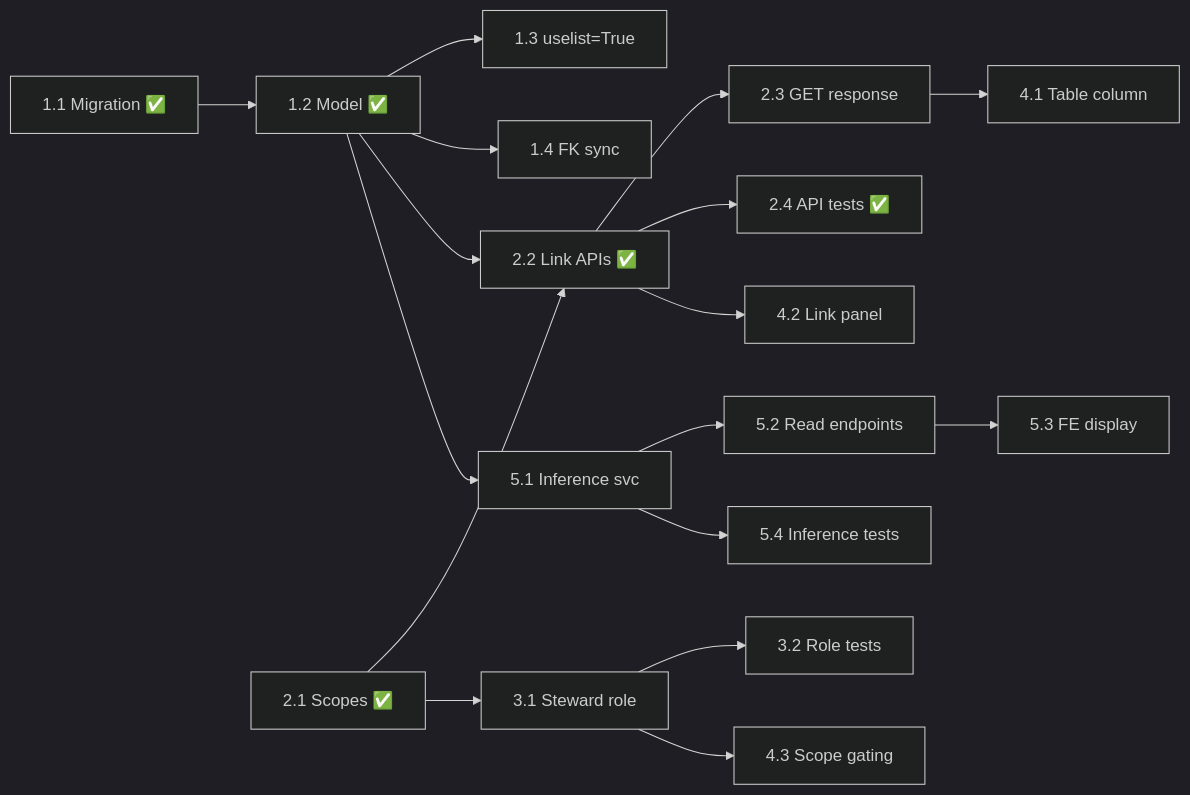
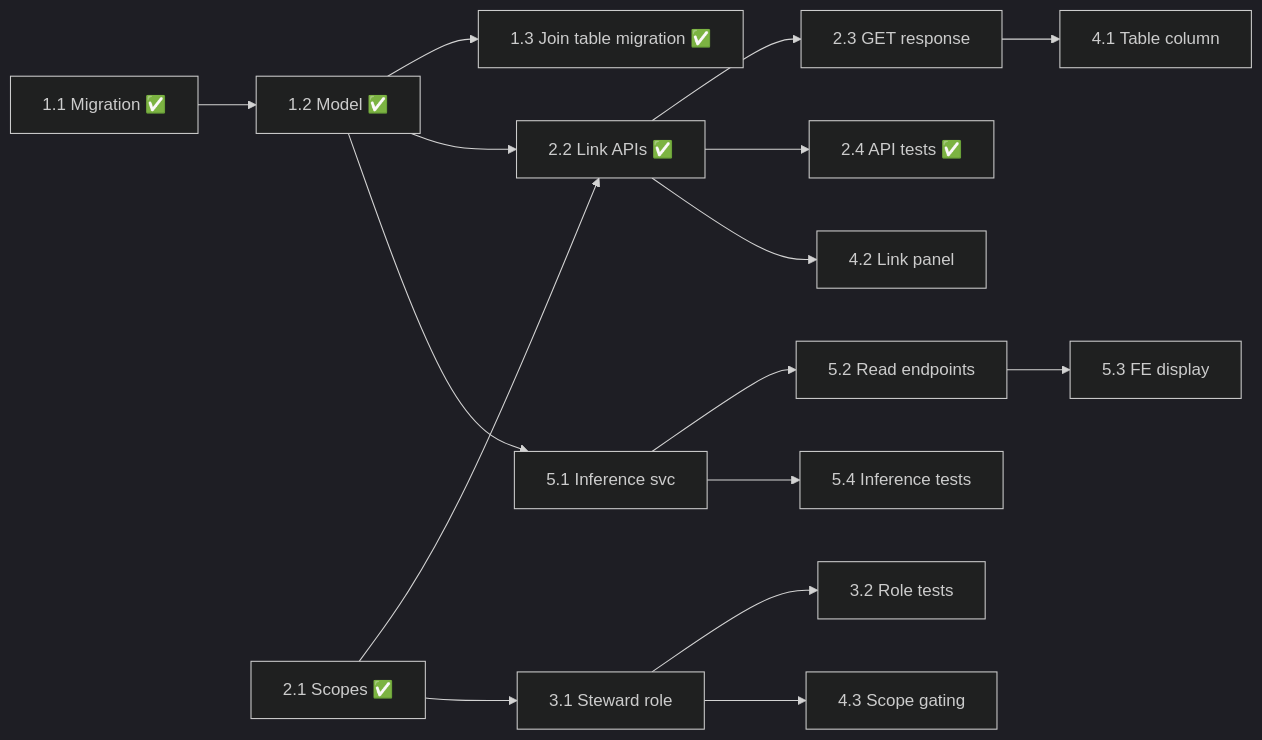
The diagram in docs/fides/docs/service/system-integration-link/01-implementation-plan.md (ethyca/fides), drawn with Mermaid (dark theme) before and after one commit. The commit also changed other lines of this file and 27 other files, not shown here.

````diff
--- a/docs/fides/docs/service/system-integration-link/01-implementation-plan.md
+++ b/docs/fides/docs/service/system-integration-link/01-implementation-plan.md
@@ -148,19 +151,18 @@
 ```mermaid
 graph LR
     T1_1["1.1 Migration ✅"] --> T1_2["1.2 Model ✅"]
-    T1_2 --> T1_3["1.3 uselist=True"]
-    T1_2 --> T1_4["1.4 FK sync"]
+    T1_2 --> T1_3["1.3 Join table migration ✅"]
     T1_2 --> T2_2["2.2 Link APIs ✅"]
     T2_1["2.1 Scopes ✅"] --> T2_2
     T2_2 --> T2_3["2.3 GET response"]
     T2_2 --> T2_4["2.4 API tests ✅"]
     T2_1 --> T3_1["3.1 Steward role"]
     T3_1 --> T3_2["3.2 Role tests"]
     T2_3 --> T4_1["4.1 Table column"]
     T2_2 --> T4_2["4.2 Link panel"]
     T3_1 --> T4_3["4.3 Scope gating"]
     T1_2 --> T5_1["5.1 Inference svc"]
     T5_1 --> T5_2["5.2 Read endpoints"]
     T5_2 --> T5_3["5.3 FE display"]
     T5_1 --> T5_4["5.4 Inference tests"]
 ```
````
